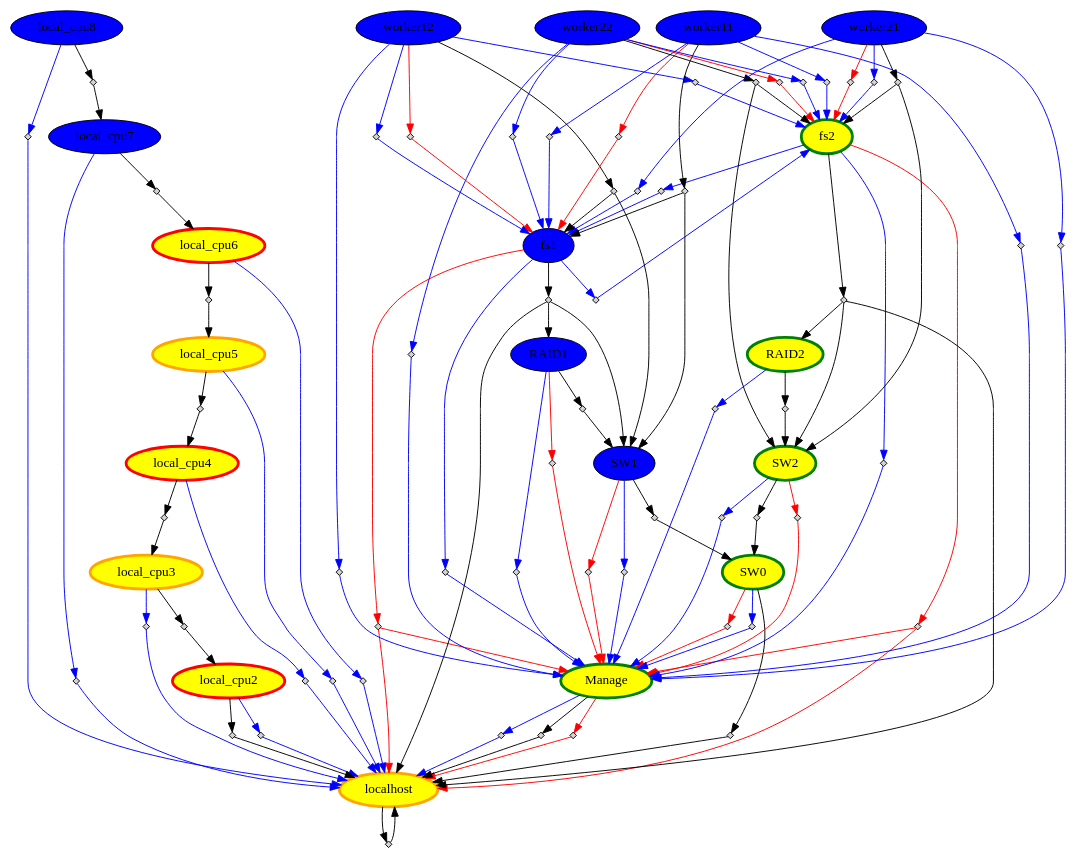
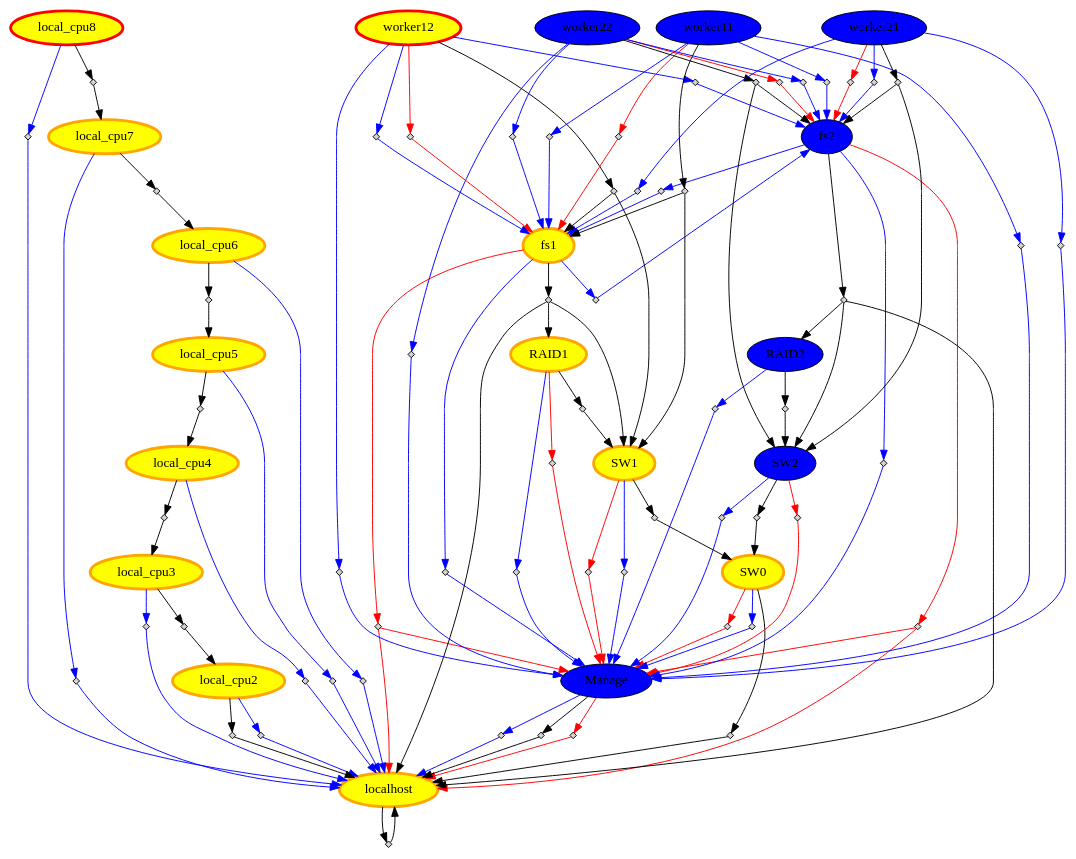
Before and after one commit to amgaa/ClusterNap: the diagram in server/CN.dot, drawn with Graphviz. The commit also changed 15 other files, not shown here.

```diff
--- a/server/CN.dot
+++ b/server/CN.dot
@@ -1,22 +1,22 @@
 digraph CN { 
-"local_cpu8" [style="filled"	 color=black, fillcolor= blue] ;
-"local_cpu4" [style="filled"	 color=red, penwidth=3, fillcolor= yellow] ;
+"local_cpu8" [style="filled"	 color=red, penwidth=3, fillcolor= yellow] ;
+"local_cpu4" [style="filled"	 color=orange, penwidth=3, fillcolor= yellow] ;
 "local_cpu5" [style="filled"	 color=orange, penwidth=3, fillcolor= yellow] ;
-"local_cpu6" [style="filled"	 color=red, penwidth=3, fillcolor= yellow] ;
-"local_cpu7" [style="filled"	 color=black, fillcolor= blue] ;
-"local_cpu2" [style="filled"	 color=red, penwidth=3, fillcolor= yellow] ;
+"local_cpu6" [style="filled"	 color=orange, penwidth=3, fillcolor= yellow] ;
+"local_cpu7" [style="filled"	 color=orange, penwidth=3, fillcolor= yellow] ;
+"local_cpu2" [style="filled"	 color=orange, penwidth=3, fillcolor= yellow] ;
 "local_cpu3" [style="filled"	 color=orange, penwidth=3, fillcolor= yellow] ;
-"RAID1" [style="filled"	 color=black, fillcolor= blue] ;
-"worker12" [style="filled"	 color=black, fillcolor= blue] ;
-"Manage" [style="filled"	 color=green, penwidth=3, fillcolor= yellow] ;
-"fs1" [style="filled"	 color=black, fillcolor= blue] ;
-"fs2" [style="filled"	 color=green, penwidth=3, fillcolor= yellow] ;
+"RAID1" [style="filled"	 color=orange, penwidth=3, fillcolor= yellow] ;
+"worker12" [style="filled"	 color=red, penwidth=3, fillcolor= yellow] ;
+"Manage" [style="filled"	 color=black, fillcolor= blue] ;
+"fs1" [style="filled"	 color=orange, penwidth=3, fillcolor= yellow] ;
+"fs2" [style="filled"	 color=black, fillcolor= blue] ;
 "worker11" [style="filled"	 color=black, fillcolor= blue] ;
 "worker22" [style="filled"	 color=black, fillcolor= blue] ;
-"RAID2" [style="filled"	 color=green, penwidth=3, fillcolor= yellow] ;
-"SW1" [style="filled"	 color=black, fillcolor= blue] ;
-"SW0" [style="filled"	 color=green, penwidth=3, fillcolor= yellow] ;
-"SW2" [style="filled"	 color=green, penwidth=3, fillcolor= yellow] ;
+"RAID2" [style="filled"	 color=black, fillcolor= blue] ;
+"SW1" [style="filled"	 color=orange, penwidth=3, fillcolor= yellow] ;
+"SW0" [style="filled"	 color=orange, penwidth=3, fillcolor= yellow] ;
+"SW2" [style="filled"	 color=black, fillcolor= blue] ;
 "worker21" [style="filled"	 color=black, fillcolor= blue] ;
 "localhost" [style="filled"	 color=orange, penwidth=3, fillcolor= yellow] ;
 "RAID1" -> "OR:ON:RAID10" [color=red];
```
